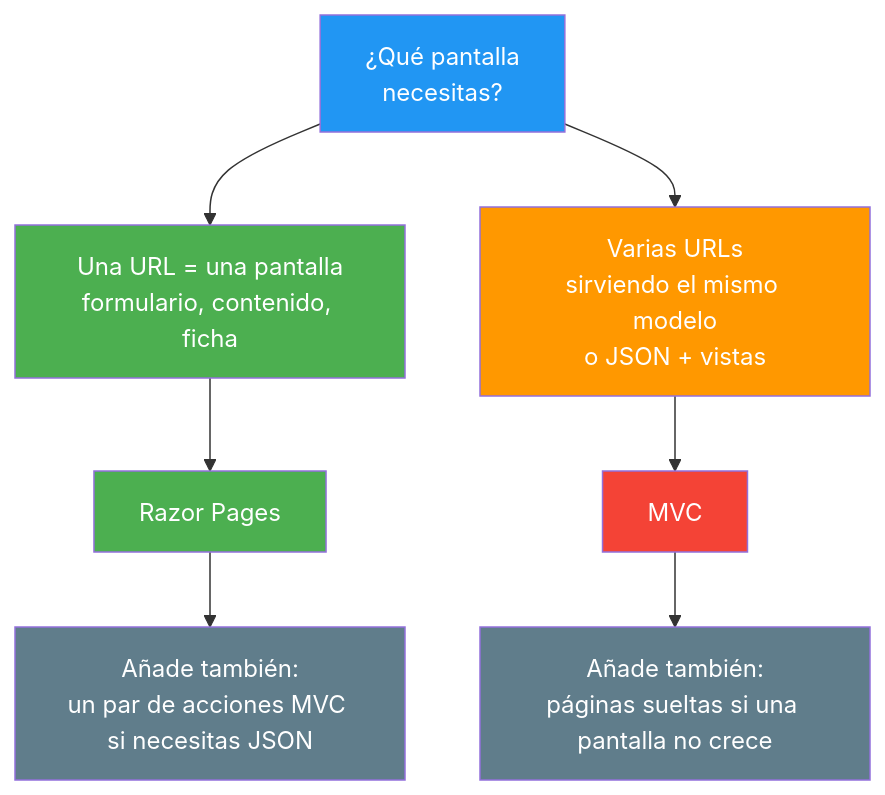
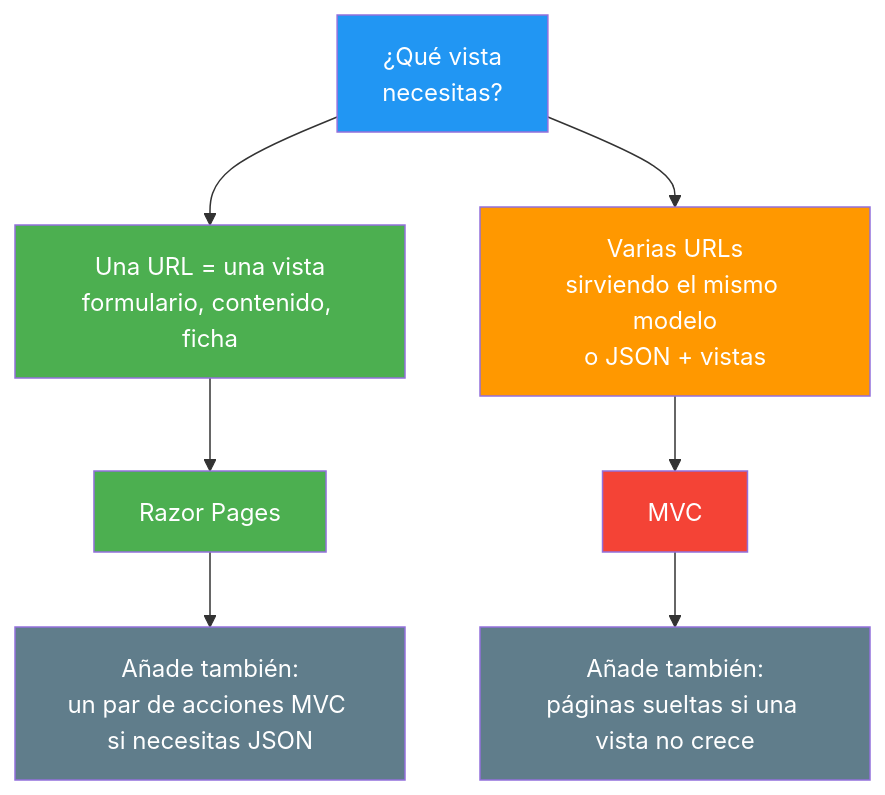
Before and after one commit to joseluisgs/DesarrolloWebEntornosServidor-03-2026-2027: the second of 4 diagrams in 12-mvc-vs-razorpages.md, drawn with Mermaid. The commit also changed other lines of this file and 11 other files, not shown here.

Commit message:
fix: sustituir pantalla por vista en toda la unidad segun la nomenclatura del curso

````diff
--- a/12-mvc-vs-razorpages.md
+++ b/12-mvc-vs-razorpages.md
@@ -76,16 +76,16 @@
 ```mermaid
 graph TD
-    A["¿Qué pantalla<br/>necesitas?"] --> B["Una URL = una pantalla<br/>formulario, contenido, ficha"]
+    A["¿Qué vista<br/>necesitas?"] --> B["Una URL = una vista<br/>formulario, contenido, ficha"]
     A --> C["Varias URLs<br/>sirviendo el mismo modelo<br/>o JSON + vistas"]
     B --> D["Razor Pages"]
     C --> E["MVC"]
     D --> F["Añade también:<br/>un par de acciones MVC si necesitas JSON"]
-    E --> G["Añade también:<br/>páginas sueltas si una pantalla no crece"]
+    E --> G["Añade también:<br/>páginas sueltas si una vista no crece"]
     style A fill:#2196F3,color:#fff
     style B fill:#4CAF50,color:#fff
     style C fill:#FF9800,color:#fff
     style D fill:#4CAF50,color:#fff
     style E fill:#f44336,color:#fff
     style F fill:#607D8B,color:#fff
     style G fill:#607D8B,color:#fff
 ```
````
